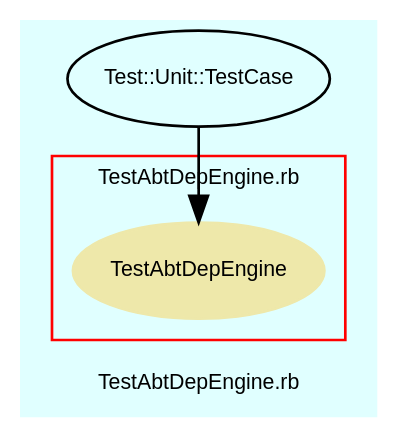
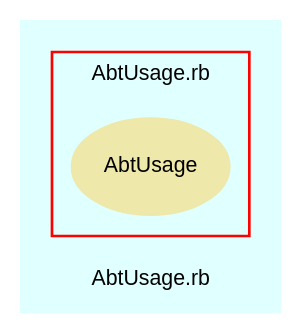
One commit to eschabell/abtlinux changed the diagram in src/trunk/doc/dot/f_8.dot. Above: the diagram before and after it, drawn with Graphviz. The commit also changed 62 other files, not shown here.

```diff
--- a/src/trunk/doc/dot/f_8.dot
+++ b/src/trunk/doc/dot/f_8.dot
@@ -1,37 +1,28 @@
 digraph TopLevel {
     compound = true
     bgcolor = lightcyan1
     fontname = Arial
     fontsize = 8
-    label = "TestAbtDepEngine.rb"
+    label = "AbtUsage.rb"
     node [
         fontname = Arial,
         fontsize = 8,
         color = black
     ]
 
     subgraph cluster_9 {
         fontname = Arial
         color = red
-        label = "TestAbtDepEngine.rb"
-        TestAbtDepEngine [
+        label = "AbtUsage.rb"
+        AbtUsage [
             fontcolor = black,
-            URL = "classes/TestAbtDepEngine.html",
+            URL = "classes/AbtUsage.html",
             shape = ellipse,
             color = palegoldenrod,
             style = filled,
-            label = "TestAbtDepEngine"
+            label = "AbtUsage"
         ]
 
     }
 
-    Test__Unit__TestCase [
-        URL = "classes/Test/Unit/TestCase.html",
-        label = "Test::Unit::TestCase"
-    ]
-
-    Test__Unit__TestCase -> TestAbtDepEngine [
-
-    ]
-
 }
```
